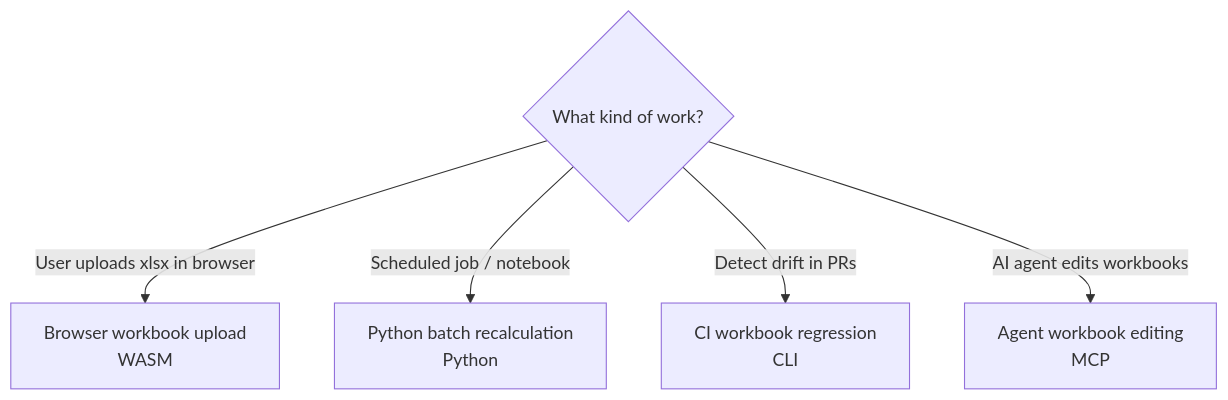
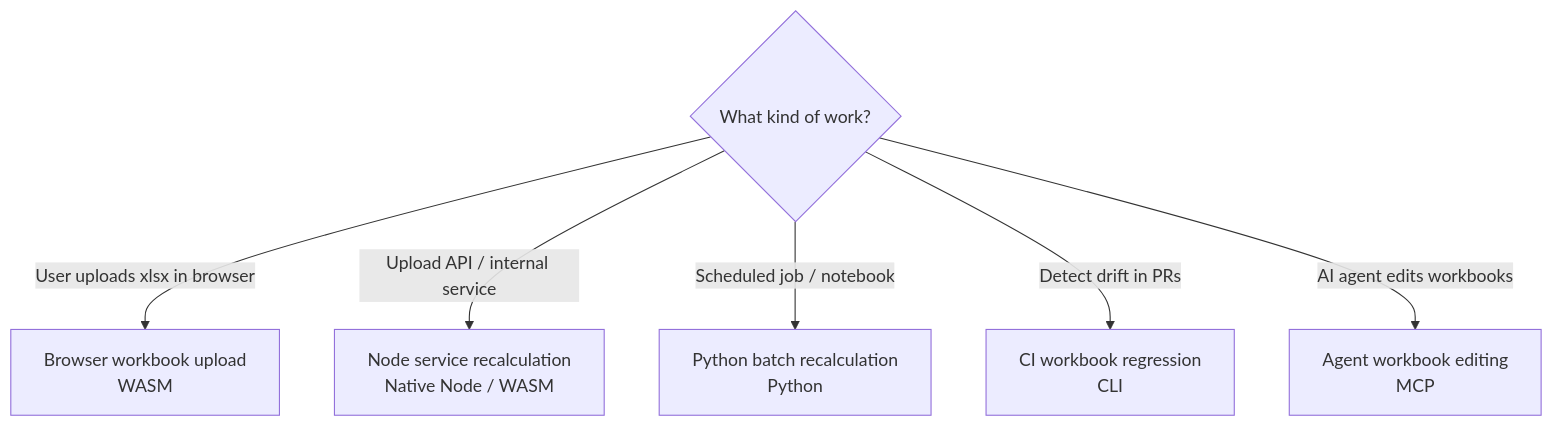
Before and after one commit to libraz/formulon-homepage: the diagram in src/scenarios/index.md, drawn with Mermaid. The commit also changed other lines of this file and 36 other files, not shown here.

First line of the commit message:
Update for v0.9.2: Node service scenario, honest 505/522 coverage, business-white refresh

````diff
--- a/src/scenarios/index.md
+++ b/src/scenarios/index.md
@@ -9,8 +9,9 @@
 ```mermaid
 flowchart TD
   Q{What kind of work?}
   Q -->|User uploads xlsx in browser| BU[Browser workbook upload<br/>WASM]
+  Q -->|Upload API / internal service| NS[Node service recalculation<br/>Native Node / WASM]
   Q -->|Scheduled job / notebook| PB[Python batch recalculation<br/>Python]
   Q -->|Detect drift in PRs| CI[CI workbook regression<br/>CLI]
   Q -->|AI agent edits workbooks| MCP[Agent workbook editing<br/>MCP]
 ```
````
